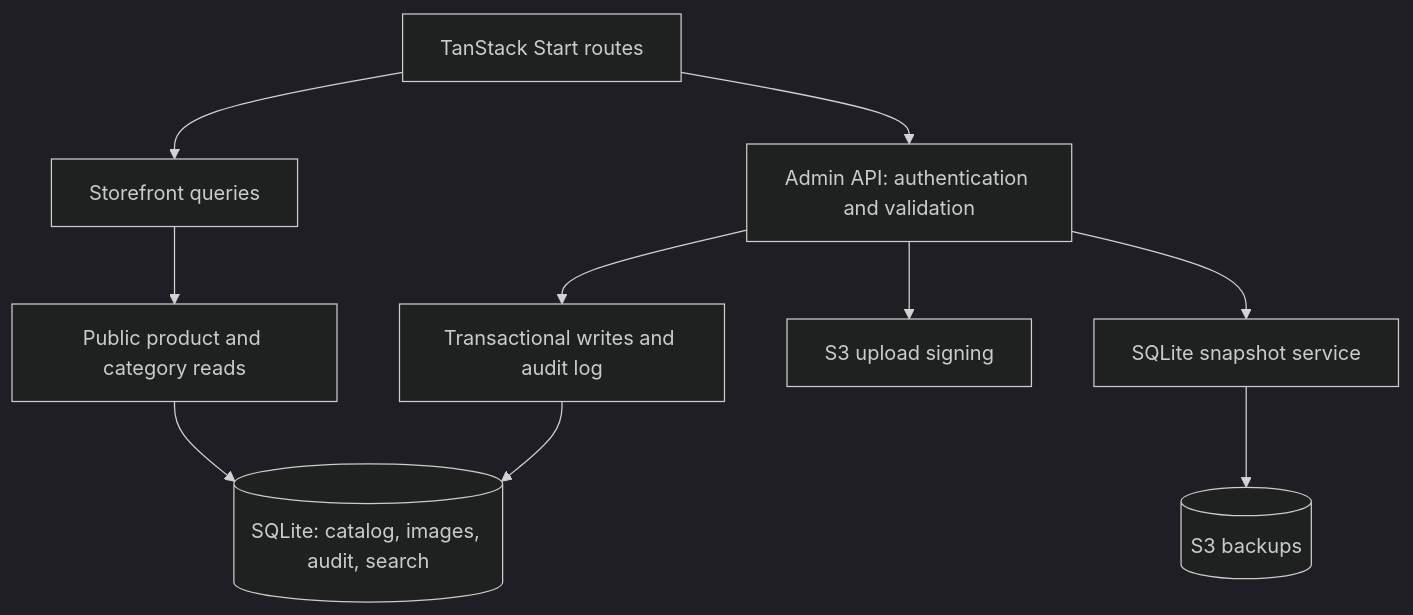
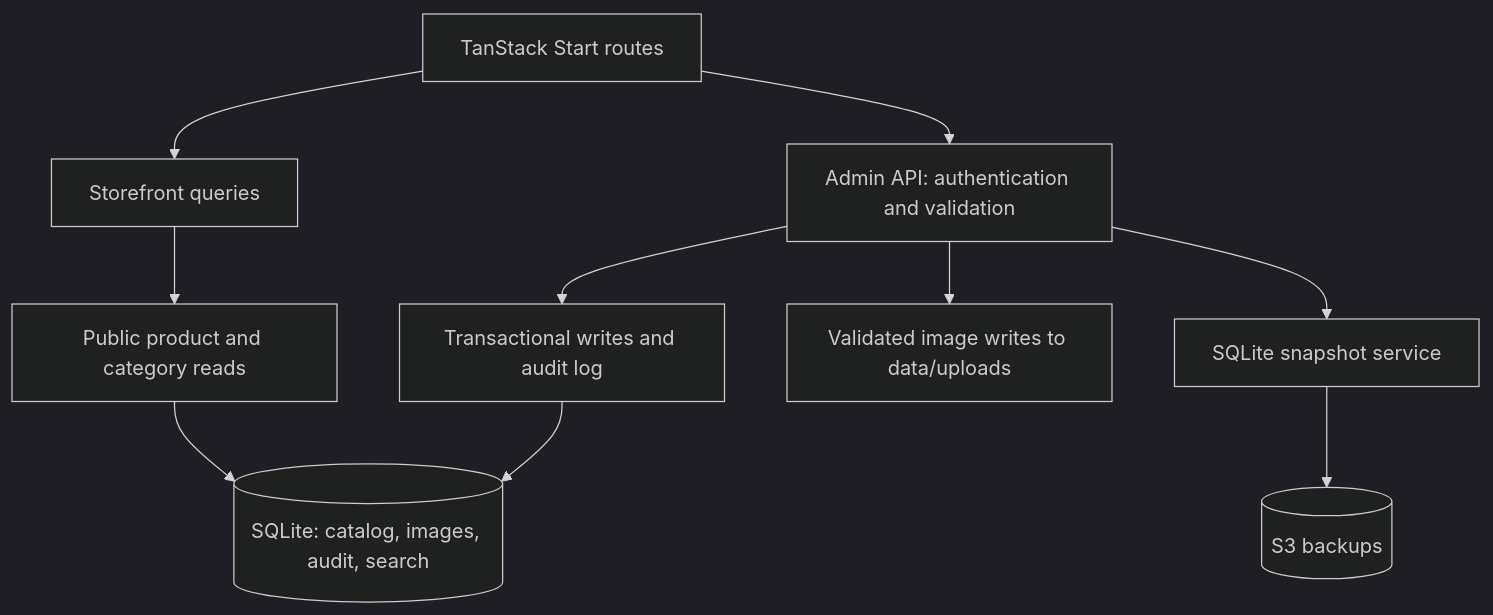
Before and after one commit to gchape/beautycode: the first of 5 diagrams in README.md, drawn with Mermaid (dark theme). The commit also changed other lines of this file and 8 other files, not shown here.

````diff
--- a/README.md
+++ b/README.md
@@ -82,12 +82,12 @@
 ```mermaid
 flowchart TD
     Routes["TanStack Start routes"] --> Public["Storefront queries"]
     Routes --> Admin["Admin API: authentication and validation"]
     Public --> Reads["Public product and category reads"]
     Admin --> Writes["Transactional writes and audit log"]
     Reads --> DB[("SQLite: catalog, images, audit, search")]
     Writes --> DB
-    Admin --> Signing["S3 upload signing"]
+    Admin --> Uploads["Validated image writes to data/uploads"]
     Admin --> Snapshot["SQLite snapshot service"]
     Snapshot --> BackupBucket[("S3 backups")]
 ```
````
